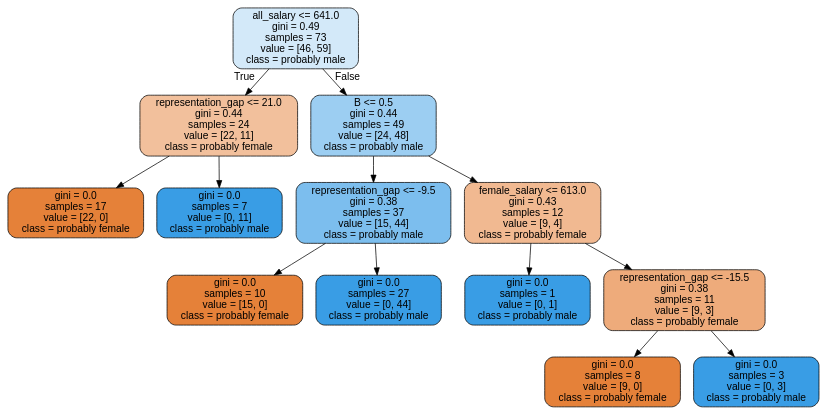
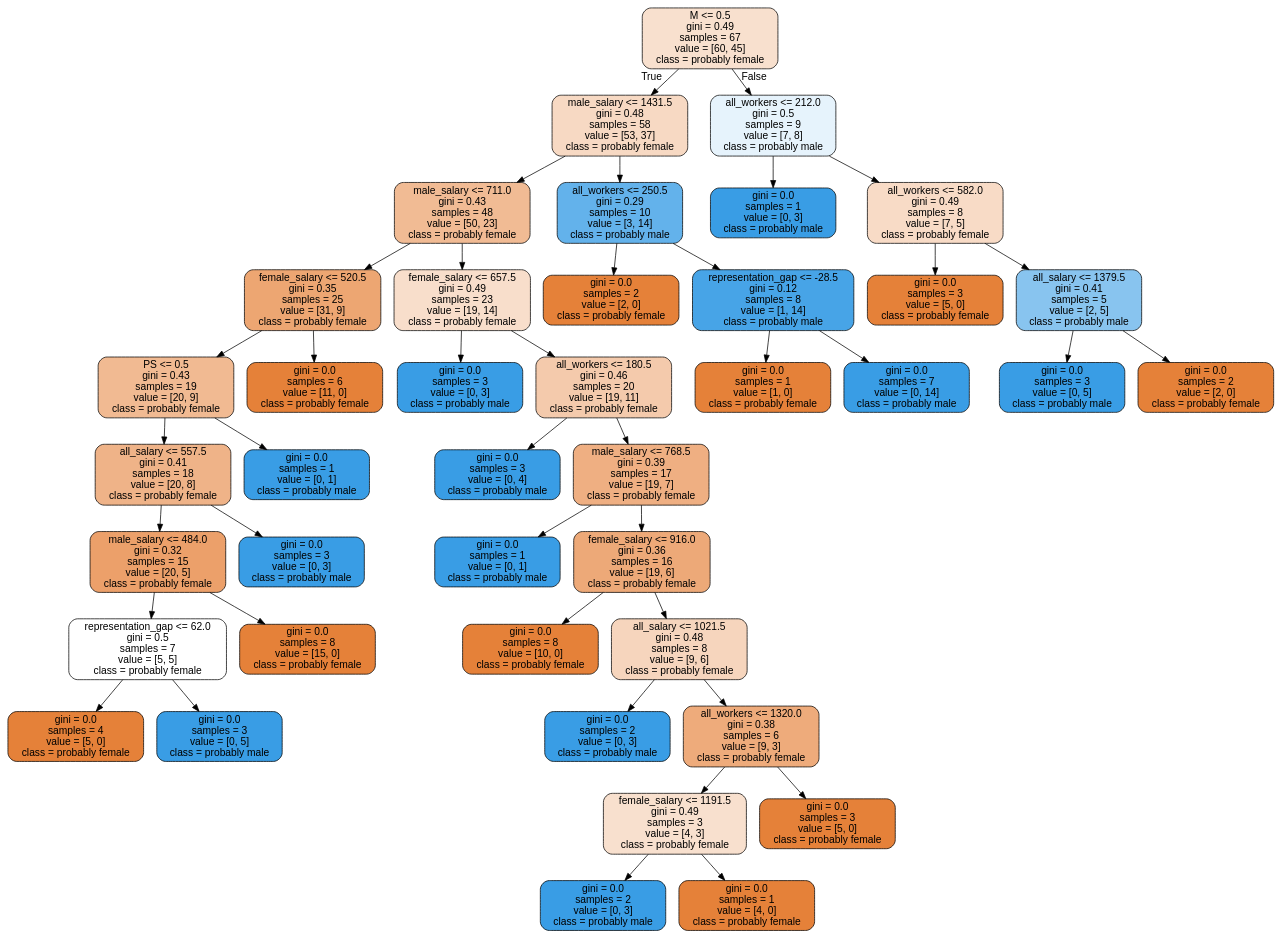
One commit to miheep8938/female_participation_in_leadership changed the diagram in tree.dot. Above: the diagram before and after it, drawn with Graphviz. The commit also changed 24 other files, not shown here.

```diff
--- a/tree.dot
+++ b/tree.dot
@@ -1,29 +1,85 @@
 digraph Tree {
 node [shape=box, style="filled, rounded", color="black", fontname=helvetica] ;
 edge [fontname=helvetica] ;
-0 [label="all_salary <= 641.0\ngini = 0.49\nsamples = 73\nvalue = [46, 59]\nclass = probably male", fillcolor="#d3e9f9"] ;
-1 [label="representation_gap <= 21.0\ngini = 0.44\nsamples = 24\nvalue = [22, 11]\nclass = probably female", fillcolor="#f2c09c"] ;
+0 [label="M <= 0.5\ngini = 0.49\nsamples = 67\nvalue = [60, 45]\nclass = probably female", fillcolor="#f8e0ce"] ;
+1 [label="male_salary <= 1431.5\ngini = 0.48\nsamples = 58\nvalue = [53, 37]\nclass = probably female", fillcolor="#f7d9c3"] ;
 0 -> 1 [labeldistance=2.5, labelangle=45, headlabel="True"] ;
-2 [label="gini = 0.0\nsamples = 17\nvalue = [22, 0]\nclass = probably female", fillcolor="#e58139"] ;
+2 [label="male_salary <= 711.0\ngini = 0.43\nsamples = 48\nvalue = [50, 23]\nclass = probably female", fillcolor="#f1bb94"] ;
 1 -> 2 ;
-3 [label="gini = 0.0\nsamples = 7\nvalue = [0, 11]\nclass = probably male", fillcolor="#399de5"] ;
-1 -> 3 ;
-4 [label="B <= 0.5\ngini = 0.44\nsamples = 49\nvalue = [24, 48]\nclass = probably male", fillcolor="#9ccef2"] ;
-0 -> 4 [labeldistance=2.5, labelangle=-45, headlabel="False"] ;
-5 [label="representation_gap <= -9.5\ngini = 0.38\nsamples = 37\nvalue = [15, 44]\nclass = probably male", fillcolor="#7cbeee"] ;
+3 [label="female_salary <= 520.5\ngini = 0.35\nsamples = 25\nvalue = [31, 9]\nclass = probably female", fillcolor="#eda672"] ;
+2 -> 3 ;
+4 [label="PS <= 0.5\ngini = 0.43\nsamples = 19\nvalue = [20, 9]\nclass = probably female", fillcolor="#f1ba92"] ;
+3 -> 4 ;
+5 [label="all_salary <= 557.5\ngini = 0.41\nsamples = 18\nvalue = [20, 8]\nclass = probably female", fillcolor="#efb388"] ;
 4 -> 5 ;
-6 [label="gini = 0.0\nsamples = 10\nvalue = [15, 0]\nclass = probably female", fillcolor="#e58139"] ;
+6 [label="male_salary <= 484.0\ngini = 0.32\nsamples = 15\nvalue = [20, 5]\nclass = probably female", fillcolor="#eca06a"] ;
 5 -> 6 ;
-7 [label="gini = 0.0\nsamples = 27\nvalue = [0, 44]\nclass = probably male", fillcolor="#399de5"] ;
-5 -> 7 ;
-8 [label="female_salary <= 613.0\ngini = 0.43\nsamples = 12\nvalue = [9, 4]\nclass = probably female", fillcolor="#f1b991"] ;
-4 -> 8 ;
-9 [label="gini = 0.0\nsamples = 1\nvalue = [0, 1]\nclass = probably male", fillcolor="#399de5"] ;
-8 -> 9 ;
-10 [label="representation_gap <= -15.5\ngini = 0.38\nsamples = 11\nvalue = [9, 3]\nclass = probably female", fillcolor="#eeab7b"] ;
-8 -> 10 ;
-11 [label="gini = 0.0\nsamples = 8\nvalue = [9, 0]\nclass = probably female", fillcolor="#e58139"] ;
-10 -> 11 ;
-12 [label="gini = 0.0\nsamples = 3\nvalue = [0, 3]\nclass = probably male", fillcolor="#399de5"] ;
-10 -> 12 ;
+7 [label="representation_gap <= 62.0\ngini = 0.5\nsamples = 7\nvalue = [5, 5]\nclass = probably female", fillcolor="#ffffff"] ;
+6 -> 7 ;
+8 [label="gini = 0.0\nsamples = 4\nvalue = [5, 0]\nclass = probably female", fillcolor="#e58139"] ;
+7 -> 8 ;
+9 [label="gini = 0.0\nsamples = 3\nvalue = [0, 5]\nclass = probably male", fillcolor="#399de5"] ;
+7 -> 9 ;
+10 [label="gini = 0.0\nsamples = 8\nvalue = [15, 0]\nclass = probably female", fillcolor="#e58139"] ;
+6 -> 10 ;
+11 [label="gini = 0.0\nsamples = 3\nvalue = [0, 3]\nclass = probably male", fillcolor="#399de5"] ;
+5 -> 11 ;
+12 [label="gini = 0.0\nsamples = 1\nvalue = [0, 1]\nclass = probably male", fillcolor="#399de5"] ;
+4 -> 12 ;
+13 [label="gini = 0.0\nsamples = 6\nvalue = [11, 0]\nclass = probably female", fillcolor="#e58139"] ;
+3 -> 13 ;
+14 [label="female_salary <= 657.5\ngini = 0.49\nsamples = 23\nvalue = [19, 14]\nclass = probably female", fillcolor="#f8decb"] ;
+2 -> 14 ;
+15 [label="gini = 0.0\nsamples = 3\nvalue = [0, 3]\nclass = probably male", fillcolor="#399de5"] ;
+14 -> 15 ;
+16 [label="all_workers <= 180.5\ngini = 0.46\nsamples = 20\nvalue = [19, 11]\nclass = probably female", fillcolor="#f4caac"] ;
+14 -> 16 ;
+17 [label="gini = 0.0\nsamples = 3\nvalue = [0, 4]\nclass = probably male", fillcolor="#399de5"] ;
+16 -> 17 ;
+18 [label="male_salary <= 768.5\ngini = 0.39\nsamples = 17\nvalue = [19, 7]\nclass = probably female", fillcolor="#efaf82"] ;
+16 -> 18 ;
+19 [label="gini = 0.0\nsamples = 1\nvalue = [0, 1]\nclass = probably male", fillcolor="#399de5"] ;
+18 -> 19 ;
+20 [label="female_salary <= 916.0\ngini = 0.36\nsamples = 16\nvalue = [19, 6]\nclass = probably female", fillcolor="#eda978"] ;
+18 -> 20 ;
+21 [label="gini = 0.0\nsamples = 8\nvalue = [10, 0]\nclass = probably female", fillcolor="#e58139"] ;
+20 -> 21 ;
+22 [label="all_salary <= 1021.5\ngini = 0.48\nsamples = 8\nvalue = [9, 6]\nclass = probably female", fillcolor="#f6d5bd"] ;
+20 -> 22 ;
+23 [label="gini = 0.0\nsamples = 2\nvalue = [0, 3]\nclass = probably male", fillcolor="#399de5"] ;
+22 -> 23 ;
+24 [label="all_workers <= 1320.0\ngini = 0.38\nsamples = 6\nvalue = [9, 3]\nclass = probably female", fillcolor="#eeab7b"] ;
+22 -> 24 ;
+25 [label="female_salary <= 1191.5\ngini = 0.49\nsamples = 3\nvalue = [4, 3]\nclass = probably female", fillcolor="#f8e0ce"] ;
+24 -> 25 ;
+26 [label="gini = 0.0\nsamples = 2\nvalue = [0, 3]\nclass = probably male", fillcolor="#399de5"] ;
+25 -> 26 ;
+27 [label="gini = 0.0\nsamples = 1\nvalue = [4, 0]\nclass = probably female", fillcolor="#e58139"] ;
+25 -> 27 ;
+28 [label="gini = 0.0\nsamples = 3\nvalue = [5, 0]\nclass = probably female", fillcolor="#e58139"] ;
+24 -> 28 ;
+29 [label="all_workers <= 250.5\ngini = 0.29\nsamples = 10\nvalue = [3, 14]\nclass = probably male", fillcolor="#63b2eb"] ;
+1 -> 29 ;
+30 [label="gini = 0.0\nsamples = 2\nvalue = [2, 0]\nclass = probably female", fillcolor="#e58139"] ;
+29 -> 30 ;
+31 [label="representation_gap <= -28.5\ngini = 0.12\nsamples = 8\nvalue = [1, 14]\nclass = probably male", fillcolor="#47a4e7"] ;
+29 -> 31 ;
+32 [label="gini = 0.0\nsamples = 1\nvalue = [1, 0]\nclass = probably female", fillcolor="#e58139"] ;
+31 -> 32 ;
+33 [label="gini = 0.0\nsamples = 7\nvalue = [0, 14]\nclass = probably male", fillcolor="#399de5"] ;
+31 -> 33 ;
+34 [label="all_workers <= 212.0\ngini = 0.5\nsamples = 9\nvalue = [7, 8]\nclass = probably male", fillcolor="#e6f3fc"] ;
+0 -> 34 [labeldistance=2.5, labelangle=-45, headlabel="False"] ;
+35 [label="gini = 0.0\nsamples = 1\nvalue = [0, 3]\nclass = probably male", fillcolor="#399de5"] ;
+34 -> 35 ;
+36 [label="all_workers <= 582.0\ngini = 0.49\nsamples = 8\nvalue = [7, 5]\nclass = probably female", fillcolor="#f8dbc6"] ;
+34 -> 36 ;
+37 [label="gini = 0.0\nsamples = 3\nvalue = [5, 0]\nclass = probably female", fillcolor="#e58139"] ;
+36 -> 37 ;
+38 [label="all_salary <= 1379.5\ngini = 0.41\nsamples = 5\nvalue = [2, 5]\nclass = probably male", fillcolor="#88c4ef"] ;
+36 -> 38 ;
+39 [label="gini = 0.0\nsamples = 3\nvalue = [0, 5]\nclass = probably male", fillcolor="#399de5"] ;
+38 -> 39 ;
+40 [label="gini = 0.0\nsamples = 2\nvalue = [2, 0]\nclass = probably female", fillcolor="#e58139"] ;
+38 -> 40 ;
 }
```
